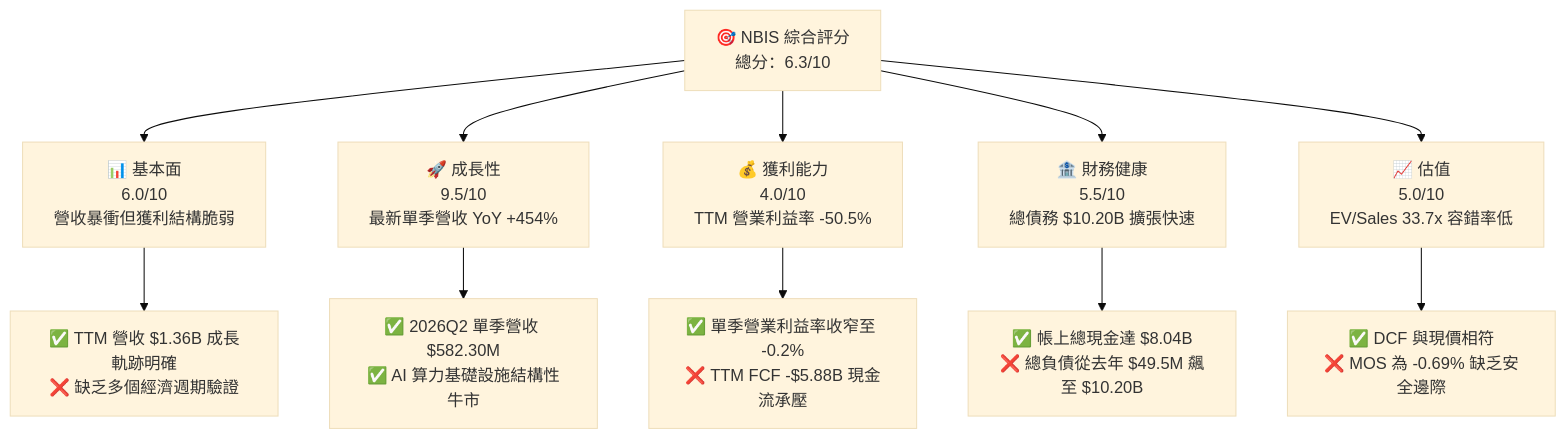
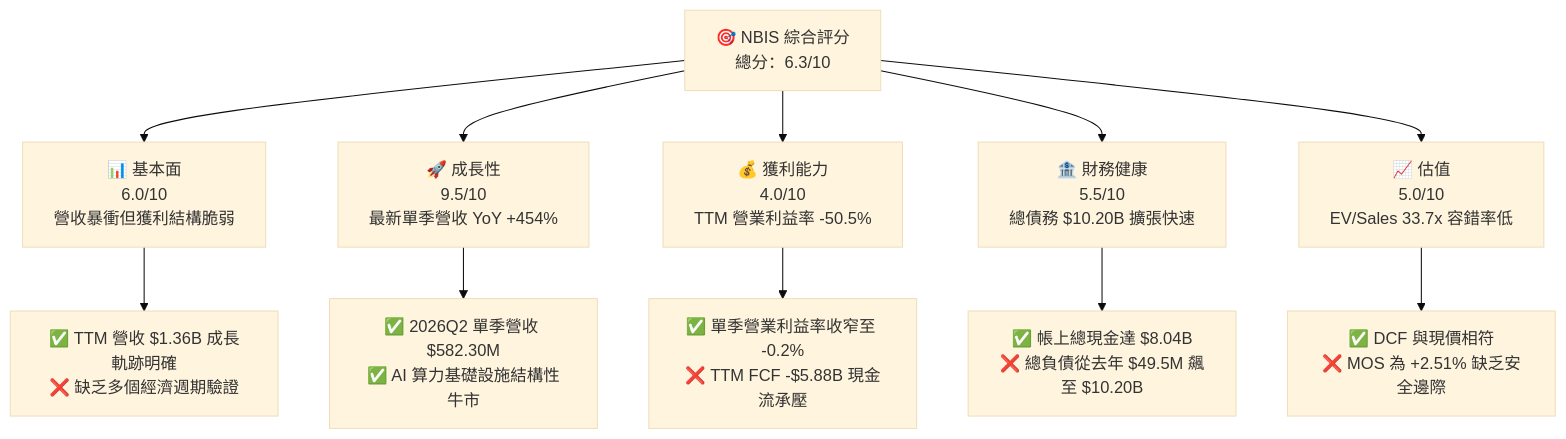
Before and after one commit to yennanliu/finance_data: the first of 15 diagrams in ai_gen_report/fundamental/nbis/fundamental_analysis_2026-10-23_gemini.md, drawn with Mermaid (base theme). The commit also changed other lines of this file and 339 other files, not shown here.

````diff
--- a/ai_gen_report/fundamental/nbis/fundamental_analysis_2026-10-23_gemini.md
+++ b/ai_gen_report/fundamental/nbis/fundamental_analysis_2026-10-23_gemini.md
@@ -81,22 +81,22 @@
 ```mermaid
 graph TD
     TICKER["🎯 NBIS 綜合評分<br/>總分：6.3/10"]
 
     F["📊 基本面<br/>6.0/10<br/>營收暴衝但獲利結構脆弱"]
     G["🚀 成長性<br/>9.5/10<br/>最新單季營收 YoY +454%"]
     P["💰 獲利能力<br/>4.0/10<br/>TTM 營業利益率 -50.5%"]
     B["🏦 財務健康<br/>5.5/10<br/>總債務 $10.20B 擴張快速"]
     V["📈 估值<br/>5.0/10<br/>EV/Sales 33.7x 容錯率低"]
 
     TICKER --> F
     TICKER --> G
     TICKER --> P
     TICKER --> B
     TICKER --> V
 
     F --> F1["✅ TTM 營收 $1.36B 成長軌跡明確<br/>❌ 缺乏多個經濟週期驗證"]
     G --> G1["✅ 2026Q2 單季營收 $582.30M<br/>✅ AI 算力基礎設施結構性牛市"]
     P --> P1["✅ 單季營業利益率收窄至 -0.2%<br/>❌ TTM FCF -$5.88B 現金流承壓"]
     B --> B1["✅ 帳上總現金達 $8.04B<br/>❌ 總負債從去年 $49.5M 飆至 $10.20B"]
-    V --> V1["✅ DCF 與現價相符<br/>❌ MOS 為 -0.69% 缺乏安全邊際"]
+    V --> V1["✅ DCF 與現價相符<br/>❌ MOS 為 +2.51% 缺乏安全邊際"]
 ```
````
